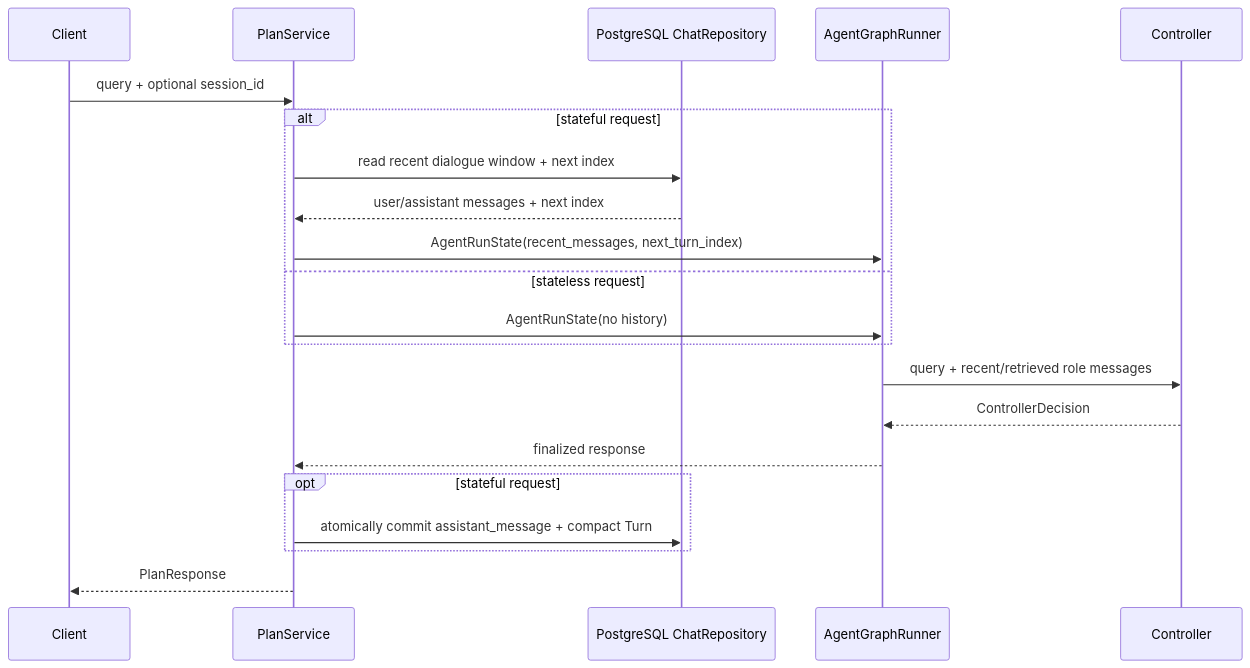
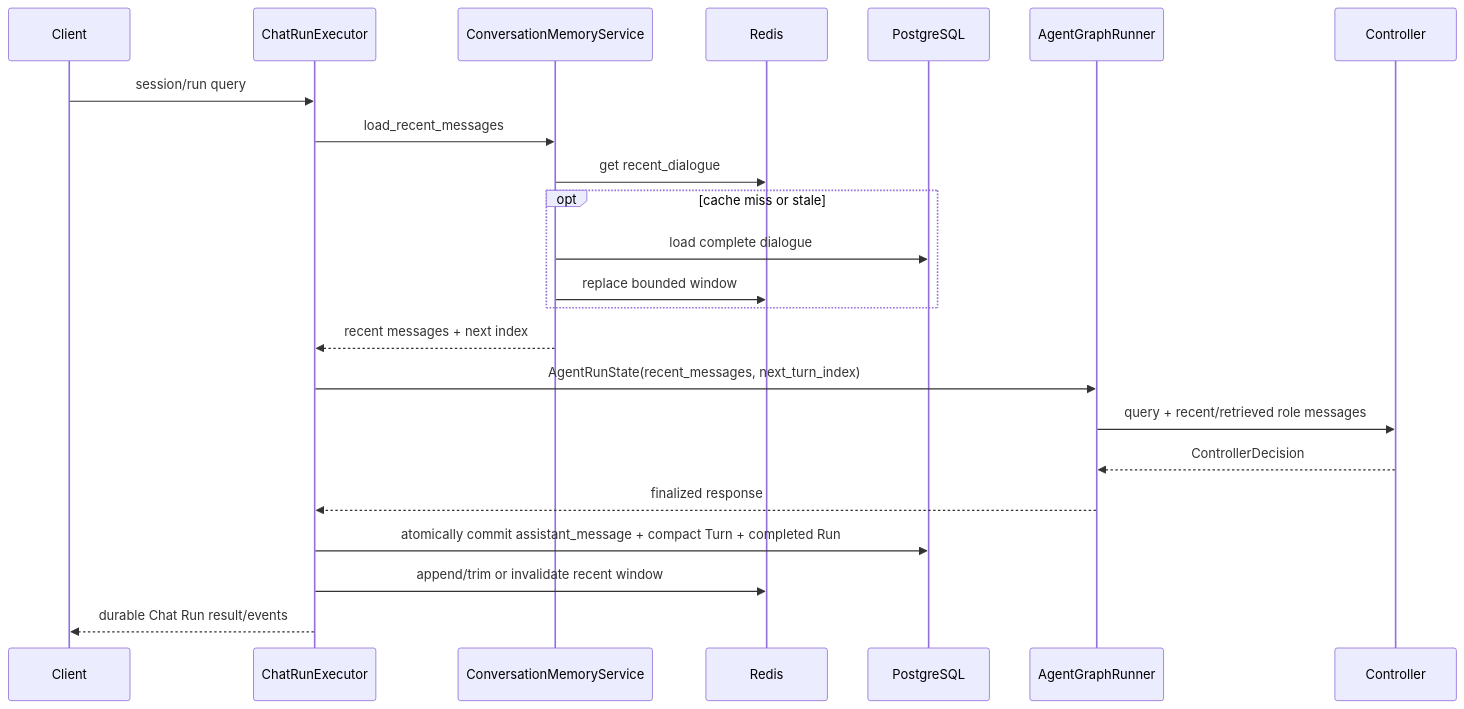
One commit to Philip23333/DotaMind changed the diagram in docs/design/architecture/Controller层.md. Above: the diagram before and after it, drawn with Mermaid. The commit also changed other lines of this file and 25 other files, not shown here.

````diff
--- a/docs/design/architecture/Controller层.md
+++ b/docs/design/architecture/Controller层.md
@@ -63,24 +65,26 @@
 ```mermaid
 sequenceDiagram
     participant Client
-    participant Service as PlanService
-    participant Store as PostgreSQL ChatRepository
+    participant Executor as ChatRunExecutor
+    participant Memory as ConversationMemoryService
+    participant Redis
+    participant PG as PostgreSQL
     participant Graph as AgentGraphRunner
     participant Controller
 
-    Client->>Service: query + optional session_id
-    alt stateful request
-        Service->>Store: read recent dialogue window + next index
-        Store-->>Service: user/assistant messages + next index
-        Service->>Graph: AgentRunState(recent_messages, next_turn_index)
-    else stateless request
-        Service->>Graph: AgentRunState(no history)
+    Client->>Executor: session/run query
+    Executor->>Memory: load_recent_messages
+    Memory->>Redis: get recent_dialogue
+    opt cache miss or stale
+        Memory->>PG: load complete dialogue
+        Memory->>Redis: replace bounded window
     end
+    Memory-->>Executor: recent messages + next index
+    Executor->>Graph: AgentRunState(recent_messages, next_turn_index)
     Graph->>Controller: query + recent/retrieved role messages
     Controller-->>Graph: ControllerDecision
-    Graph-->>Service: finalized response
-    opt stateful request
-        Service->>Store: atomically commit assistant_message + compact Turn
-    end
-    Service-->>Client: PlanResponse
+    Graph-->>Executor: finalized response
+    Executor->>PG: atomically commit assistant_message + compact Turn + completed Run
+    Executor->>Redis: append/trim or invalidate recent window
+    Executor-->>Client: durable Chat Run result/events
 ```
````
